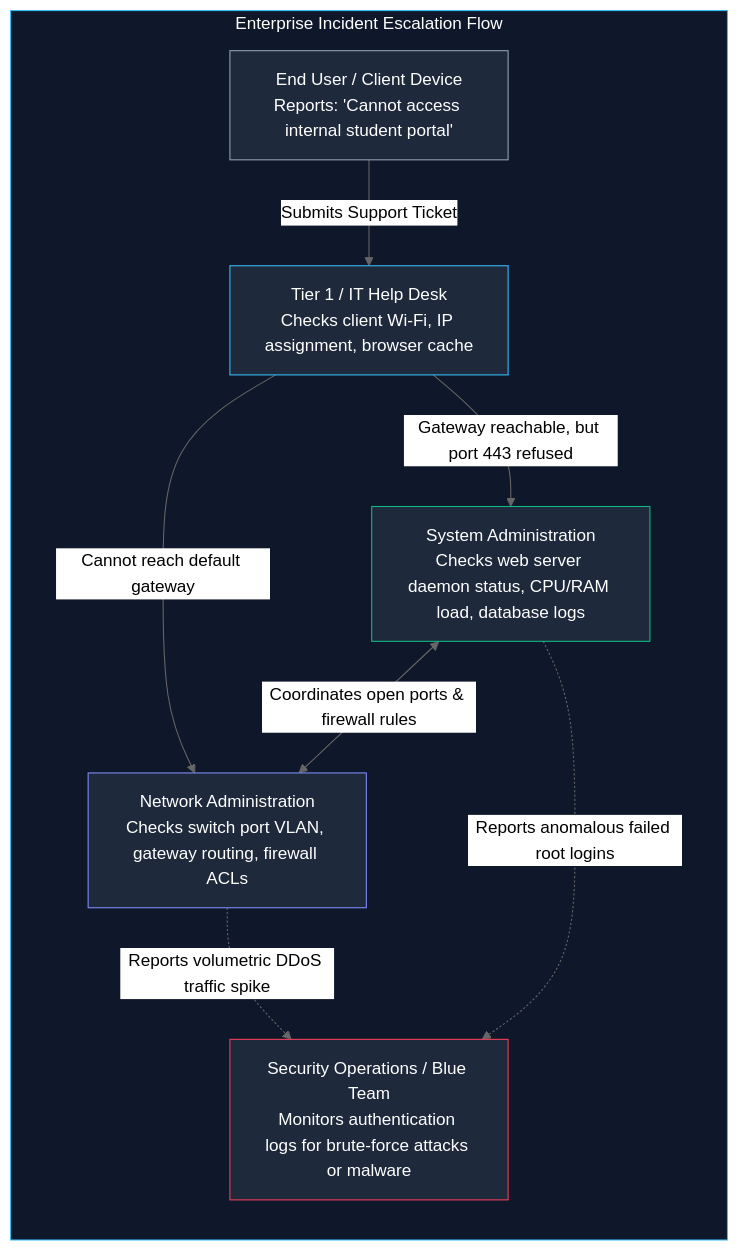
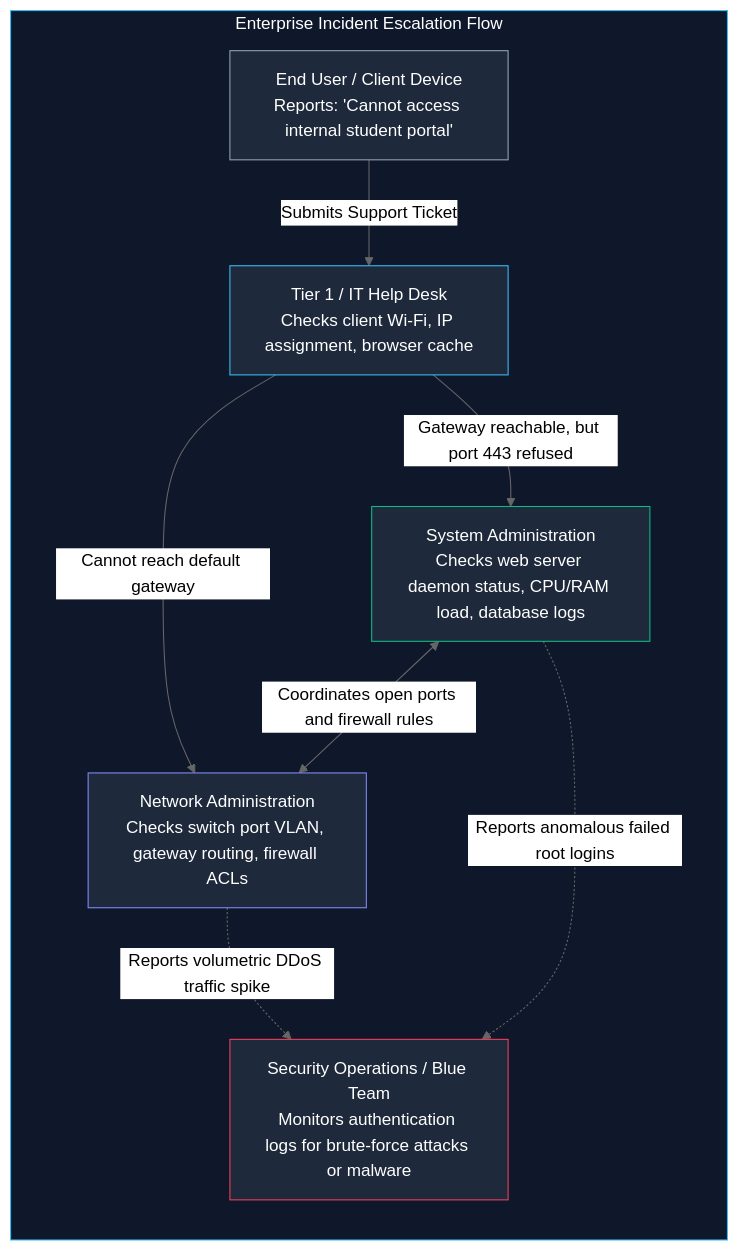
The second of 4 diagrams in System-and-Network-Administrator/01-Introduction-to-SNA.md (Kashif-Mashi/Blue-Team-Handbook), drawn with Mermaid (neutral theme) before and after one commit. The commit also changed other lines of this file and 13 other files, not shown here.

Commit message:
Verification & Fixes: Mermaid Diagrams Across the Repository

````diff
--- a/System-and-Network-Administrator/01-Introduction-to-SNA.md
+++ b/System-and-Network-Administrator/01-Introduction-to-SNA.md
@@ -110,25 +110,25 @@
 ```mermaid
 flowchart TD
     subgraph Interaction["Enterprise Incident Escalation Flow"]
         direction TB
         USER["End User / Client Device<br/>Reports: 'Cannot access internal student portal'"]
         HELP["Tier 1 / IT Help Desk<br/>Checks client Wi-Fi, IP assignment, browser cache"]
         NET["Network Administration<br/>Checks switch port VLAN, gateway routing, firewall ACLs"]
         SYS["System Administration<br/>Checks web server daemon status, CPU/RAM load, database logs"]
         SEC["Security Operations / Blue Team<br/>Monitors authentication logs for brute-force attacks or malware"]
     end
 
-    USER -->|Submits Support Ticket| HELP
-    HELP -->|Cannot reach default gateway| NET
-    HELP -->|Gateway reachable, but port 443 refused| SYS
-    SYS <-->|Coordinates open ports & firewall rules| NET
-    SYS -.->|Reports anomalous failed root logins| SEC
-    NET -.->|Reports volumetric DDoS traffic spike| SEC
+    USER -->|"Submits Support Ticket"| HELP
+    HELP -->|"Cannot reach default gateway"| NET
+    HELP -->|"Gateway reachable, but port 443 refused"| SYS
+    SYS <-->|"Coordinates open ports and firewall rules"| NET
+    SYS -.->|"Reports anomalous failed root logins"| SEC
+    NET -.->|"Reports volumetric DDoS traffic spike"| SEC
 
     style Interaction fill:#0f172a,stroke:#38bdf8,color:#fff
     style USER fill:#1e293b,stroke:#94a3b8,color:#fff
     style HELP fill:#1e293b,stroke:#38bdf8,color:#fff
     style NET fill:#1e293b,stroke:#818cf8,color:#fff
     style SYS fill:#1e293b,stroke:#10b981,color:#fff
     style SEC fill:#1e293b,stroke:#f43f5e,color:#fff
 ```
````
